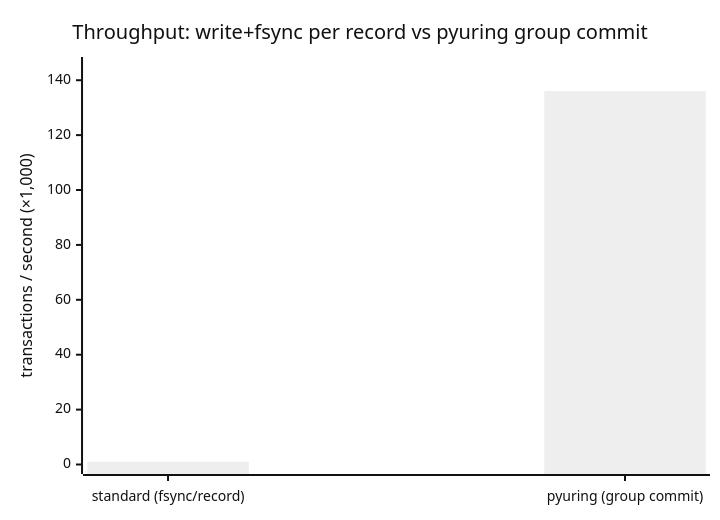
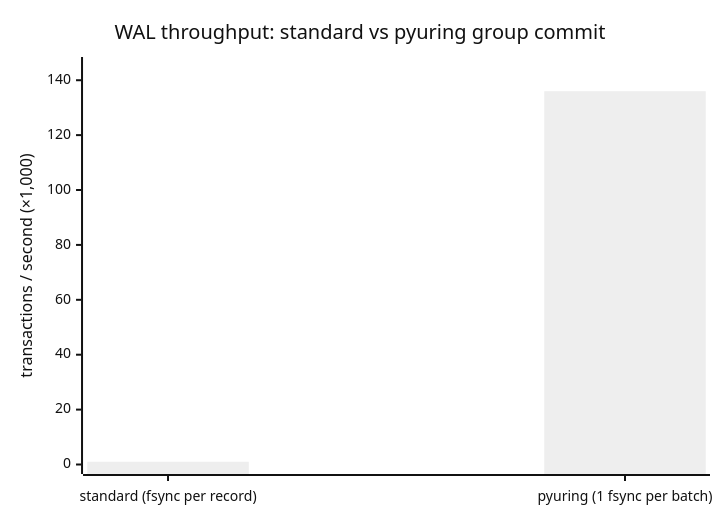
The first of 3 diagrams in examples/EXAMPLES.md (kangtegong/pyuring), drawn with Mermaid (neutral theme) before and after one commit. The commit also changed other lines of this file and 3 other files, not shown here.

````diff
--- a/examples/EXAMPLES.md
+++ b/examples/EXAMPLES.md
@@ -62,7 +39,7 @@
 ```mermaid
 xychart-beta
-    title "Throughput: write+fsync per record vs pyuring group commit"
-    x-axis ["standard (fsync/record)", "pyuring (group commit)"]
+    title "WAL throughput: standard vs pyuring group commit"
+    x-axis ["standard (fsync per record)", "pyuring (1 fsync per batch)"]
     y-axis "transactions / second (×1,000)" 0 --> 145
     bar [1, 136]
 ```
````
